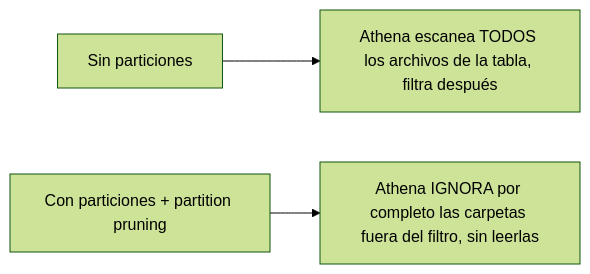
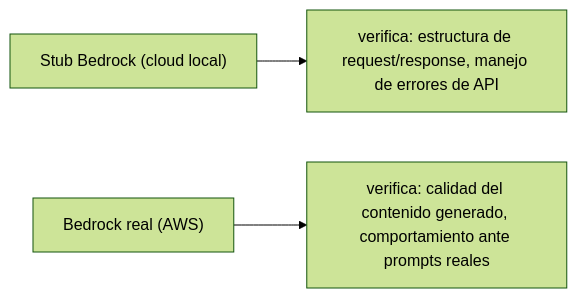
One commit to NICORUIZ93/The_Imperial_Book changed the third of 5 diagrams in web/public/content/cloud/modulo-19.md. Above: the diagram before and after it, drawn with Mermaid (forest theme). The commit also changed other lines of this file and 305 other files, not shown here.

````diff
--- a/web/public/content/cloud/modulo-19.md
+++ b/web/public/content/cloud/modulo-19.md
@@ -124,5 +96,5 @@
 ```mermaid
 flowchart LR
-    A["Sin particiones"] --> A1["Athena escanea TODOS los archivos de la tabla, filtra después"]
-    B["Con particiones + partition pruning"] --> B1["Athena IGNORA por completo las carpetas fuera del filtro, sin leerlas"]
+    A["Stub Bedrock (cloud local)"] --> A1["verifica: estructura de request/response, manejo de errores de API"]
+    B["Bedrock real (AWS)"] --> B1["verifica: calidad del contenido generado, comportamiento ante prompts reales"]
 ```
````
